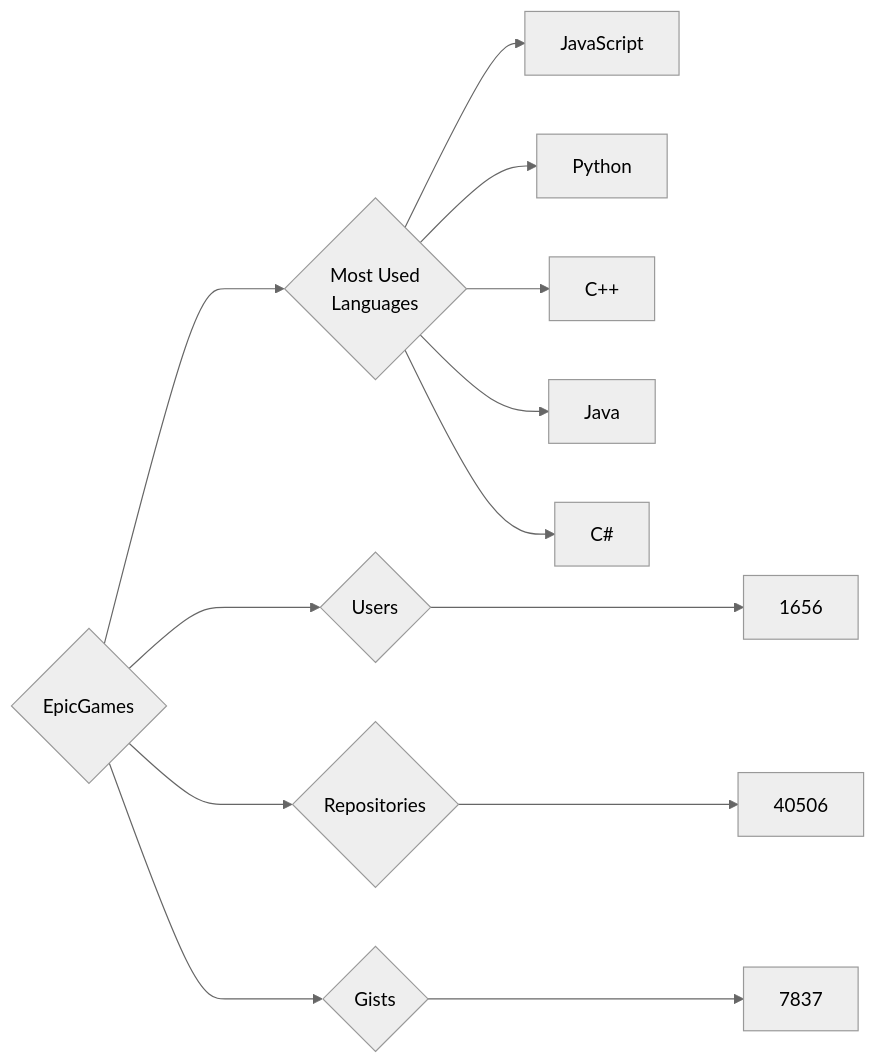
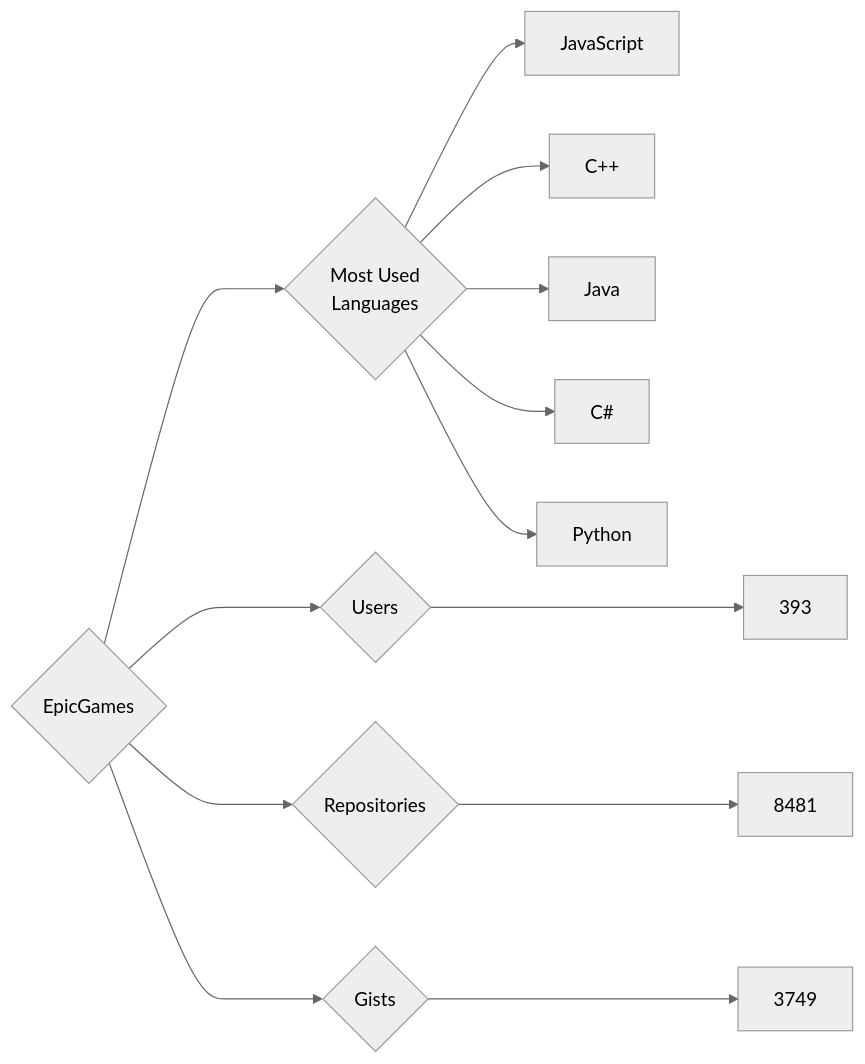
Before and after one commit to trickest/insiders: the diagram in targets/EpicGames/README.md, drawn with Mermaid (neutral theme). The commit also changed 860 other files, not shown here.

````diff
--- a/targets/EpicGames/README.md
+++ b/targets/EpicGames/README.md
@@ -3,13 +3,13 @@
 ```mermaid
 graph LR
 COMPANY_NAME{EpicGames}
-COMPANY_NAME ---> U{Users} ---> UN[1656]
-COMPANY_NAME ---> R{Repositories} ---> RN[40506]
-COMPANY_NAME ---> G{Gists} ---> GN[7837]
+COMPANY_NAME ---> U{Users} ---> UN[393]
+COMPANY_NAME ---> R{Repositories} ---> RN[8481]
+COMPANY_NAME ---> G{Gists} ---> GN[3749]
 COMPANY_NAME ---> ML{Most Used<br>Languages}
 ML --> JavaScript[JavaScript]
-ML --> Python[Python]
 ML --> C++[C++]
 ML --> Java[Java]
 ML --> C#[C#]
+ML --> Python[Python]
 ```
````
